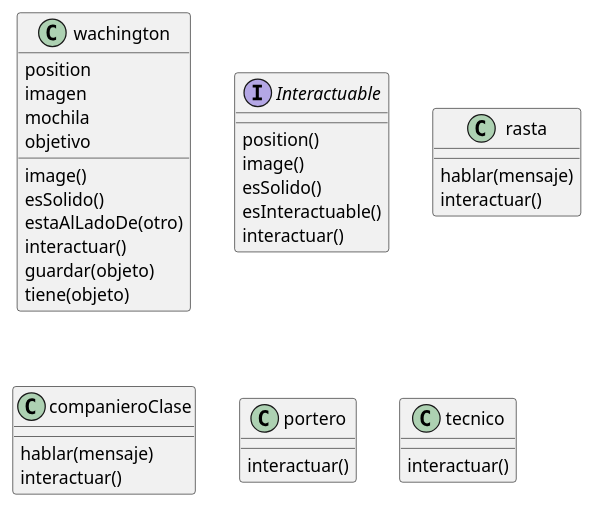
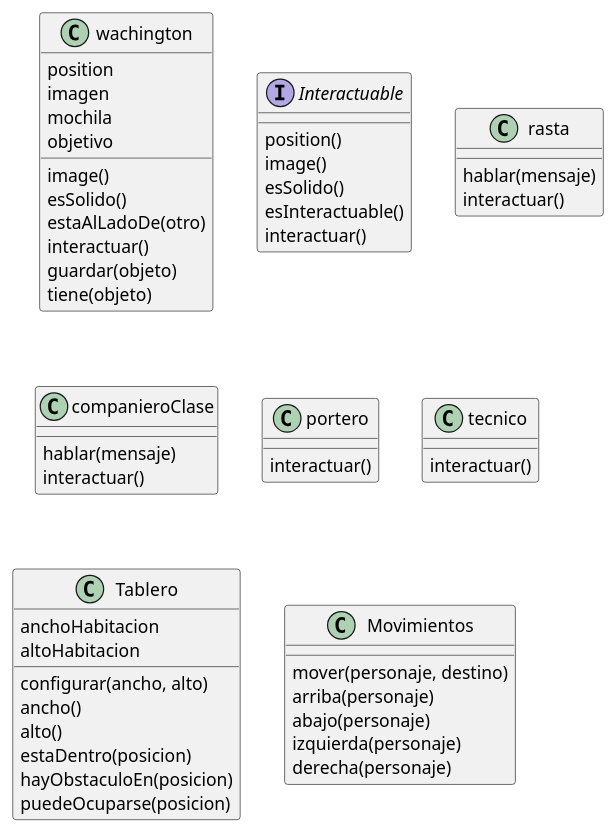
Before and after one commit to pdep-mit/tp-wg-2026-poder-Los_pollos_hermanos: the diagram in Diagrama/diagrama.puml, drawn with PlantUML.

Commit message:
diagrama - mov y tab

```diff
--- a/Diagrama/diagrama.puml
+++ b/Diagrama/diagrama.puml
@@ -1,40 +1,62 @@
 @startuml Juego
 
+' Personajes ' 
   class wachington  {
     position
     imagen
     mochila
     objetivo
     image()
     esSolido()
     estaAlLadoDe(otro)
     interactuar()
     guardar(objeto)
     tiene(objeto)
   }
 
   interface Interactuable {
     position()
     image()
     esSolido()
     esInteractuable()
     interactuar()
   }
 
   class rasta  {
     hablar(mensaje)
     interactuar()
   }
   class companieroClase {
     hablar(mensaje)
     interactuar()
   }
   class portero {
     interactuar()
   }
   class tecnico  {
     interactuar()
   }
 
 
+' Tablero y Movimientos ' 
+class Tablero {
+  anchoHabitacion
+    altoHabitacion
+    configurar(ancho, alto)
+    ancho()
+    alto()
+    estaDentro(posicion)
+    hayObstaculoEn(posicion)
+    puedeOcuparse(posicion)
+  }
+class Movimientos {
+  mover(personaje, destino)
+    arriba(personaje)
+    abajo(personaje)
+    izquierda(personaje)
+    derecha(personaje)
+}
+
+
+
 @enduml
```
